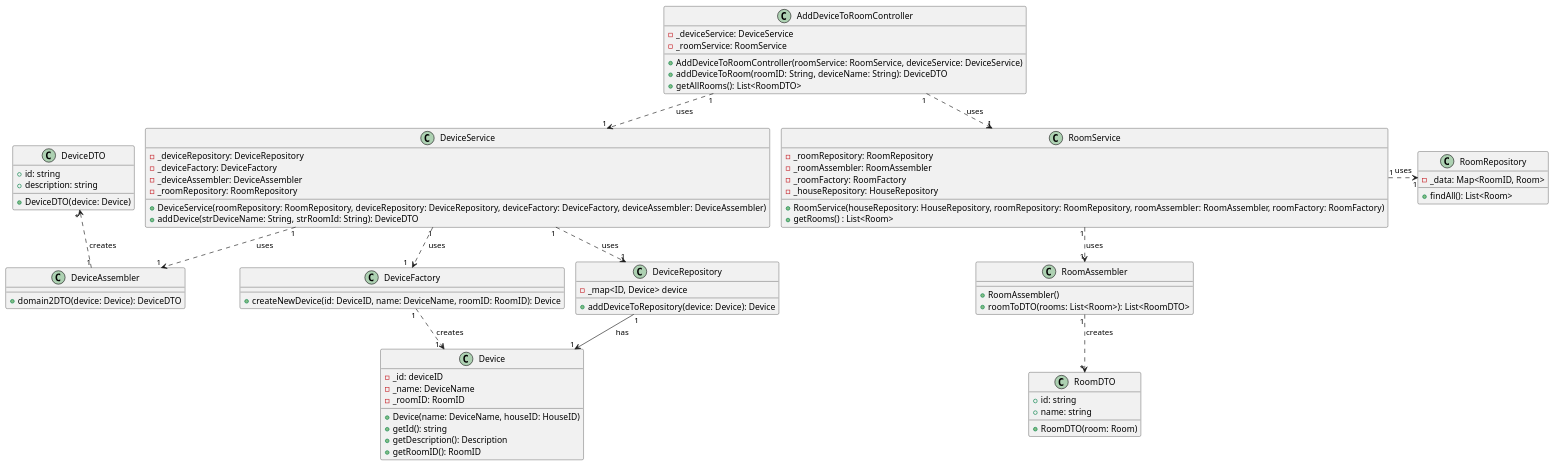
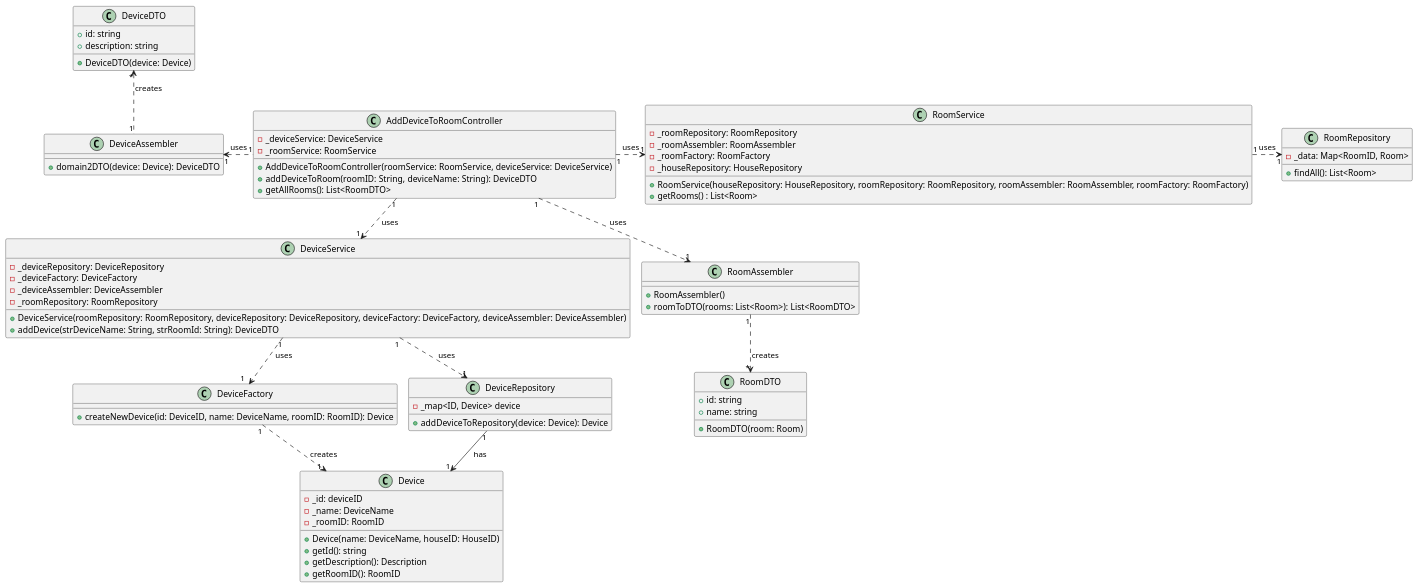
The diagram in docs/userStories/us05/artifacts/US05CD.puml (olivDiogo/SmartHome), drawn with PlantUML before and after one commit.

Commit message:
#124 [UPDATE] - DTO without passing through Service

```diff
--- a/docs/userStories/us05/artifacts/US05CD.puml
+++ b/docs/userStories/us05/artifacts/US05CD.puml
@@ -1,86 +1,86 @@
 @startuml
 !pragma layout smetana
 
 class Device {
   - _id: deviceID
   - _name: DeviceName
   - _roomID: RoomID
   + Device(name: DeviceName, houseID: HouseID)
   + getId(): string
   + getDescription(): Description
   + getRoomID(): RoomID
   }
 
 class DeviceFactory {
   + createNewDevice(id: DeviceID, name: DeviceName, roomID: RoomID): Device
   }
 
 class DeviceRepository {
   - _map<ID, Device> device
   + addDeviceToRepository(device: Device): Device
   }
 class DeviceService {
   - _deviceRepository: DeviceRepository
   - _deviceFactory: DeviceFactory
   - _deviceAssembler: DeviceAssembler
   - _roomRepository: RoomRepository
     + DeviceService(roomRepository: RoomRepository, deviceRepository: DeviceRepository, deviceFactory: DeviceFactory, deviceAssembler: DeviceAssembler)
   + addDevice(strDeviceName: String, strRoomId: String): DeviceDTO
   }
 
  class RoomService{
   - _roomRepository: RoomRepository
   - _roomAssembler: RoomAssembler
   - _roomFactory: RoomFactory
   - _houseRepository: HouseRepository
   + RoomService(houseRepository: HouseRepository, roomRepository: RoomRepository, roomAssembler: RoomAssembler, roomFactory: RoomFactory)
   + getRooms() : List<Room>
   }
 
 class RoomRepository {
   - _data: Map<RoomID, Room>
   + findAll(): List<Room>
   }
 
 class RoomAssembler {
     +RoomAssembler()
     +roomToDTO(rooms: List<Room>): List<RoomDTO>
 }
 
 class RoomDTO {
     + id: string
     + name: string
     + RoomDTO(room: Room)
 }
 
 class AddDeviceToRoomController {
   - _deviceService: DeviceService
   - _roomService: RoomService
   + AddDeviceToRoomController(roomService: RoomService, deviceService: DeviceService)
   + addDeviceToRoom(roomID: String, deviceName: String): DeviceDTO
   + getAllRooms(): List<RoomDTO>
   }
 class DeviceDTO {
 + id: string
 + description: string
 + DeviceDTO(device: Device)
 }
 class DeviceAssembler{
   + domain2DTO(device: Device): DeviceDTO
   }
 
 
 DeviceRepository "1" -down-> "1" Device: has
 DeviceService "1".down.>"1  " DeviceFactory: uses
-DeviceService "1".down.>"1" DeviceAssembler: uses
+AddDeviceToRoomController "1".left.>"1" DeviceAssembler: uses
 DeviceService "1".down.>"1" DeviceRepository: uses
 RoomService "1".right.>"1" RoomRepository: uses
 DeviceFactory "1".down.>"1  " Device: creates
 AddDeviceToRoomController "1".down.>"1" DeviceService: uses
-AddDeviceToRoomController "1".down.>"1" RoomService: uses
+AddDeviceToRoomController "1".right.>"1" RoomService: uses
 DeviceAssembler "1".up.> "*" DeviceDTO: creates
-RoomService "1".down.>"1" RoomAssembler: uses
+AddDeviceToRoomController "1".down.>"1" RoomAssembler: uses
 RoomAssembler "1".down.>"*" RoomDTO: creates
 
 
 @enduml
```
